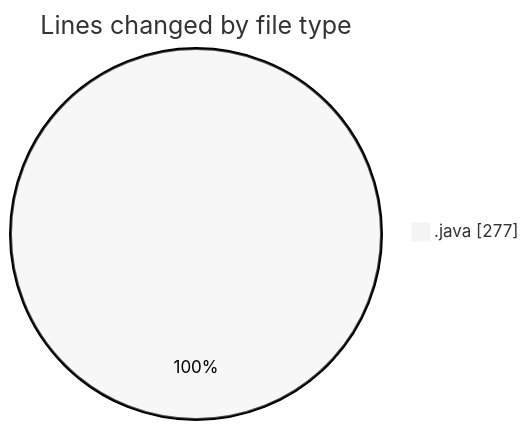
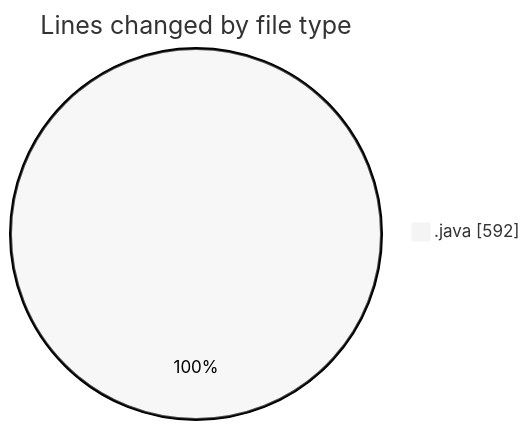
Before and after one commit to ricardozamudiocil/code-tracking: the first of 2 diagrams in 2026-08-27/cilreports__workspace_/README.md, drawn with Mermaid (neutral theme). The commit also changed other lines of this file and 1 other file, not shown here.

````diff
--- a/2026-08-27/cilreports__workspace_/README.md
+++ b/2026-08-27/cilreports__workspace_/README.md
@@ -21,5 +22,5 @@
 ```mermaid
 pie showData
 title Lines changed by file type
-".java" : 277
+".java" : 592
 ```
````
